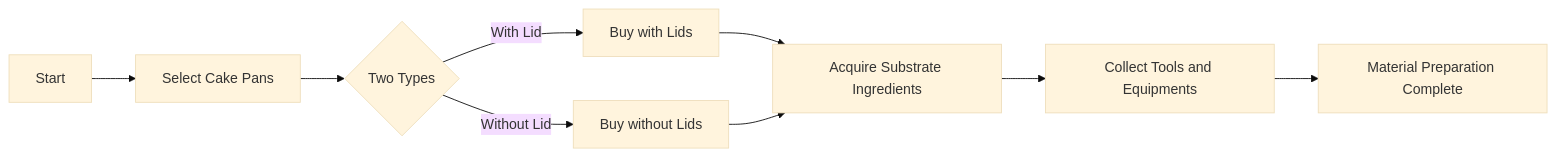
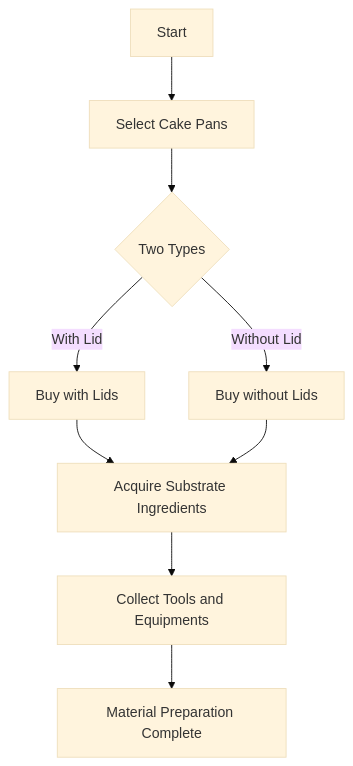
Before and after one commit to tynman/mycology: the first of 5 diagrams in recipes/pan-cyan.md, drawn with Mermaid (base theme). The commit also changed other lines of this file, not shown here.

````diff
--- a/recipes/pan-cyan.md
+++ b/recipes/pan-cyan.md
@@ -44,11 +44,11 @@
 ```mermaid
-flowchart LR
+flowchart TD
     A[Start] --> B[Select Cake Pans]
     B --> C{Two Types}
     C -->|With Lid| D[Buy with Lids]
     C -->|Without Lid| E[Buy without Lids]
     D --> F[Acquire Substrate Ingredients]
     E --> F
     F --> G[Collect Tools and Equipments]
     G --> H[Material Preparation Complete]
 ```
````
